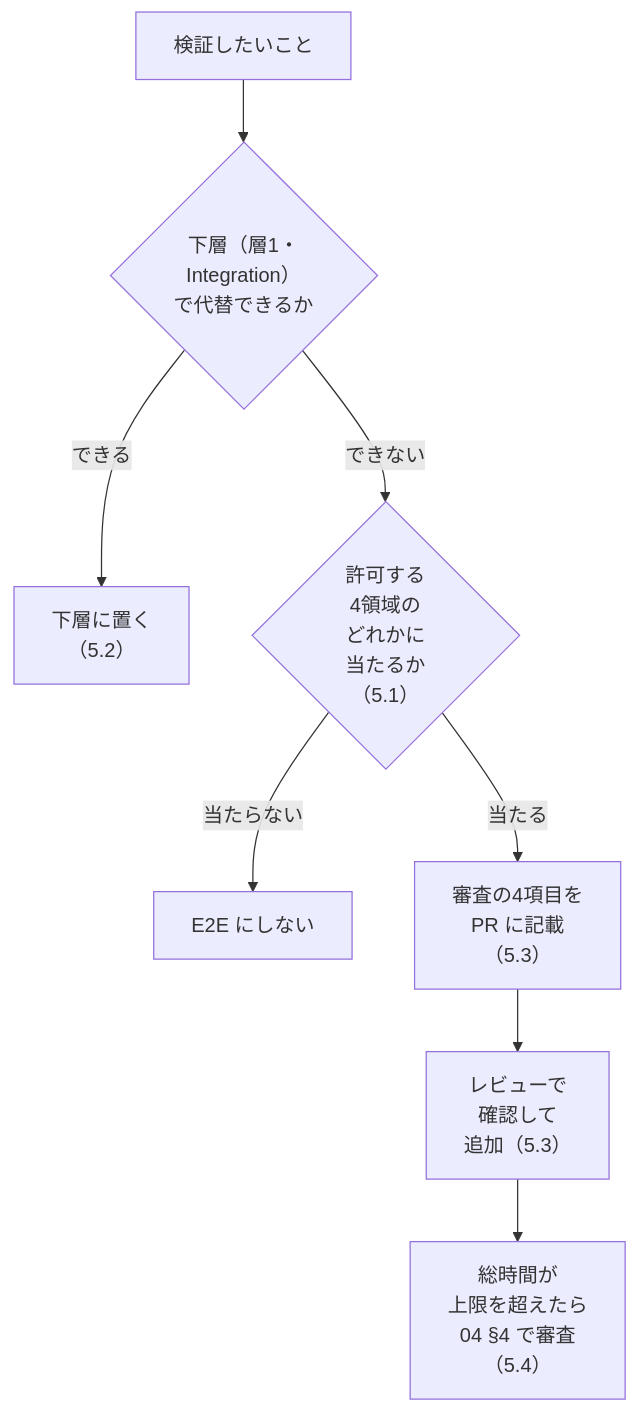
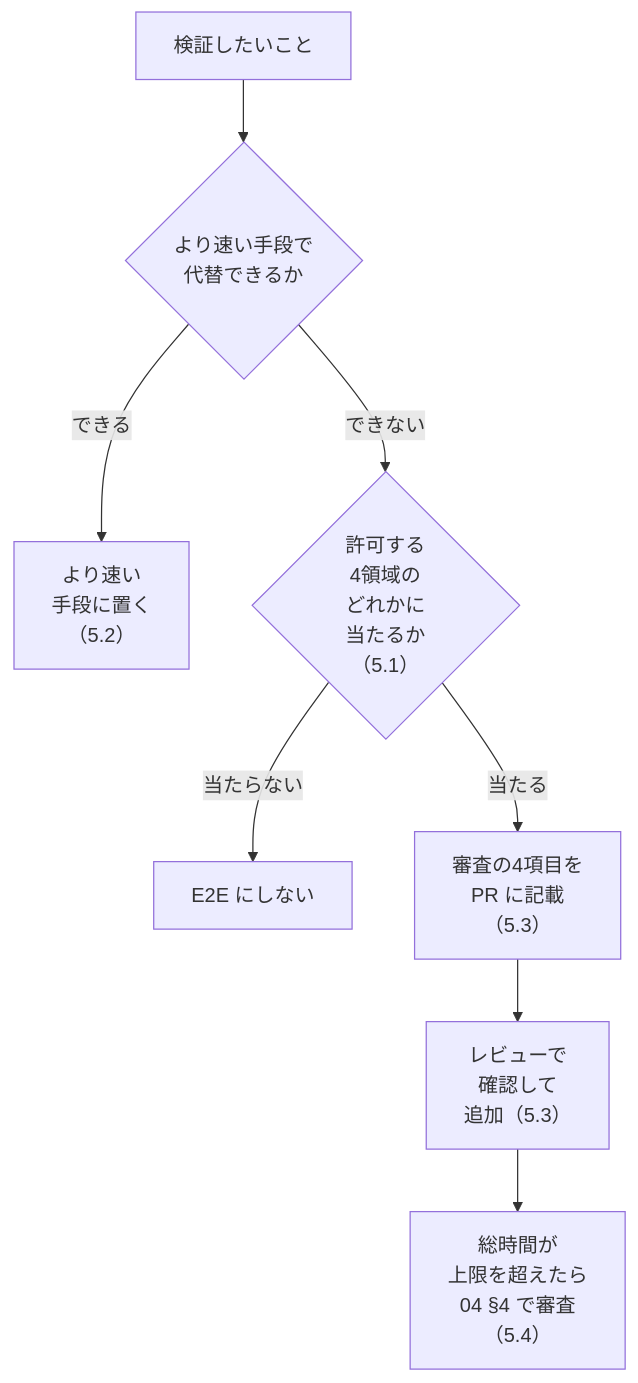
Before and after one commit to toshio-shiratori/harness-test-strategy: the diagram in docs/testing/02c-e2e.md, drawn with Mermaid. The commit also changed other lines of this file and 11 other files, not shown here.

````diff
--- a/docs/testing/02c-e2e.md
+++ b/docs/testing/02c-e2e.md
@@ -28,10 +28,10 @@
 ```mermaid
 flowchart TD
-    A["検証したいこと"] --> B{"下層（層1・<br/>Integration）<br/>で代替できるか"}
-    B -->|できる| C["下層に置く<br/>（5.2）"]
+    A["検証したいこと"] --> B{"より速い手段で<br/>代替できるか"}
+    B -->|できる| C["より速い<br/>手段に置く<br/>（5.2）"]
     B -->|できない| D{"許可する<br/>4領域の<br/>どれかに<br/>当たるか<br/>（5.1）"}
     D -->|当たらない| E["E2E にしない"]
     D -->|当たる| F["審査の4項目を<br/>PR に記載<br/>（5.3）"]
     F --> G["レビューで<br/>確認して<br/>追加（5.3）"]
     G --> H["総時間が<br/>上限を超えたら<br/>04 §4 で審査<br/>（5.4）"]
 ```
````
